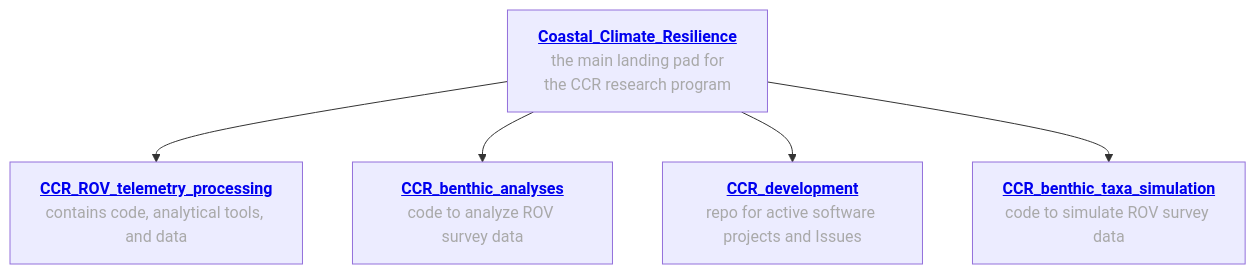
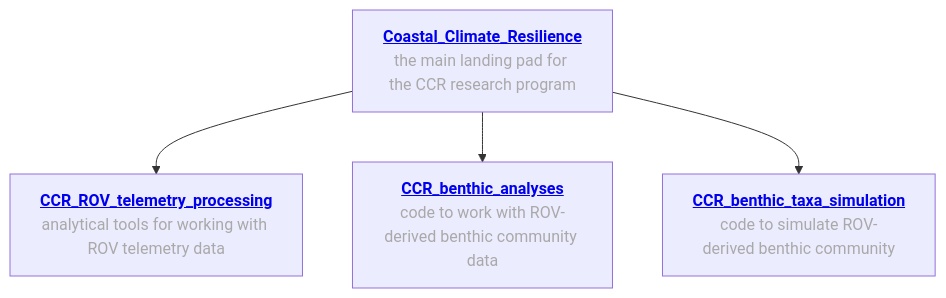
One commit to clydemcqueen/CCR_kelp_feature_detection changed the first of 2 diagrams in README.md. Above: the diagram before and after it, drawn with Mermaid. The commit also changed other lines of this file, not shown here.

````diff
--- a/README.md
+++ b/README.md
@@ -32,15 +34,11 @@
 ```mermaid
-
 graph TD
 
-A["<a href='https://github.com/Seattle-Aquarium/Coastal_Climate_Resilience' target='_blank' style='font-size: 16px; font-weight: bold;'>Coastal_Climate_Resilience</a><br><font color='darkgray' style='text-decoration: none;'> the main landing pad for the CCR research program</font>"]
+A["<a href='https://github.com/Seattle-Aquarium/Coastal_Climate_Resilience' target='_blank' style='font-size: 16px; font-weight: bold;'>Coastal_Climate_Resilience</a><br><font color='darkgray'>the main landing pad for the CCR research program</font>"]
 
-A --> B["<a href='https://github.com/Seattle-Aquarium/CCR_analytical_resources' target='_blank' style='font-size: 16px; font-weight: bold;'>CCR_ROV_telemetry_processing</a><br><font color='darkgray' style='text-decoration: none;'>contains code, analytical tools, and data</font>"]
+A --> E["<a href='https://github.com/Seattle-Aquarium/CCR_analytical_resources' target='_blank' style='font-size: 16px; font-weight: bold;'>CCR_ROV_telemetry_processing</a><br><font color='darkgray'>analytical tools for working with ROV telemetry data</font>"]
 
-A --> C["<a href='https://github.com/Seattle-Aquarium/CCR_benthic_analyses' target='_blank' style='font-size: 16px; font-weight: bold;'>CCR_benthic_analyses</a><br><font color='darkgray' style='text-decoration: none;'>code to analyze ROV survey data</font>"]
+A --> F["<a href='https://github.com/Seattle-Aquarium/CCR_benthic_analyses' target='_blank' style='font-size: 16px; font-weight: bold;'>CCR_benthic_analyses</a><br><font color='darkgray'>code to work with ROV-derived benthic community data</font>"]
 
-A --> D["<a href='https://github.com/Seattle-Aquarium/CCR_development' target='_blank' style='font-size: 16px; font-weight: bold;'>CCR_development</a><br><font color='darkgray' style='text-decoration: none;'>repo for active software projects and Issues</font>"]
-
-A --> E["<a href='https://github.com/Seattle-Aquarium/CCR_benthic_taxa_simulation' target='_blank' style='font-size: 16px; font-weight: bold;'>CCR_benthic_taxa_simulation</a><br><font color='darkgray' style='text-decoration: none;'>code to simulate ROV survey data</font>"]
-
+A --> G["<a href='https://github.com/Seattle-Aquarium/CCR_benthic_taxa_simulation' target='_blank' style='font-size: 16px; font-weight: bold;'>CCR_benthic_taxa_simulation</a><br><font color='darkgray'>code to simulate ROV-derived benthic community</font>"]
 ```
````
